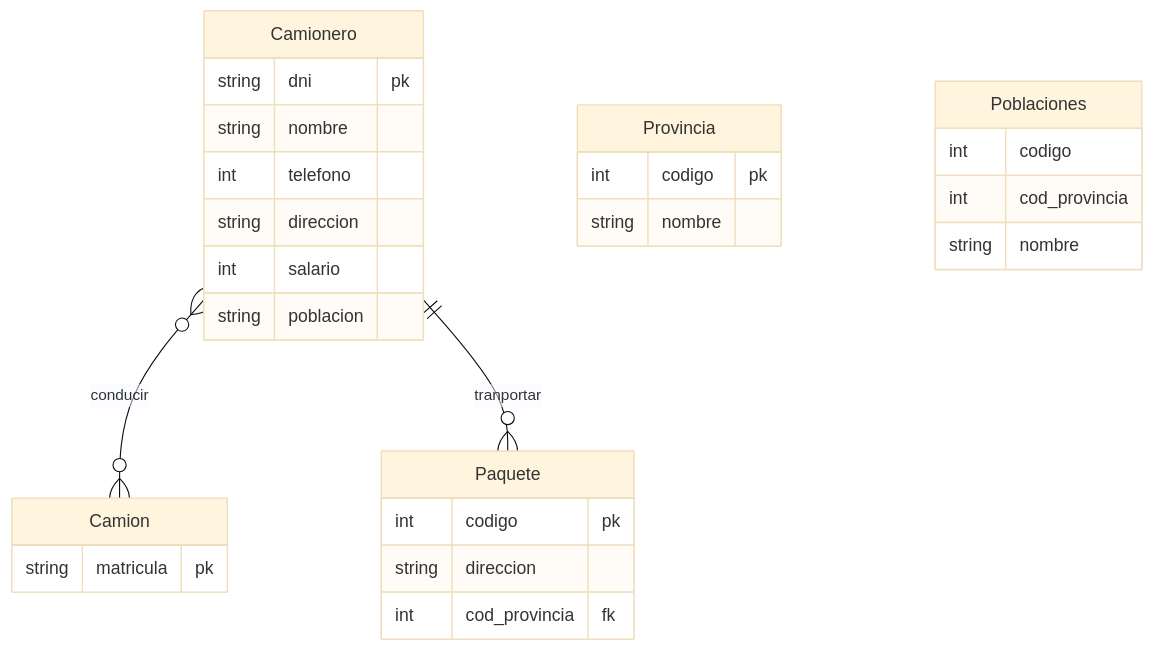
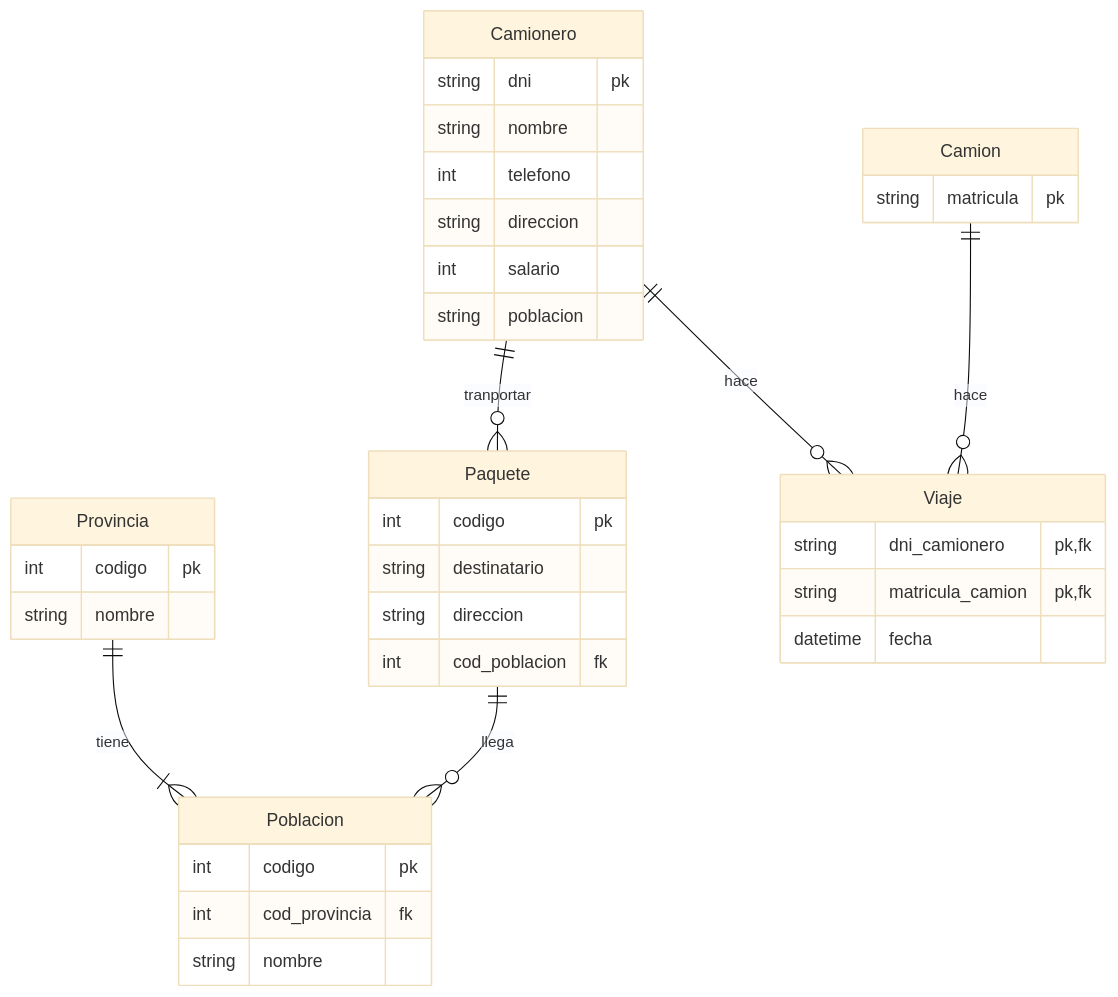
Before and after one commit to mmourazos/Curso-2024-2025: the diagram in docs/GBD/UD 03 - Modelo relacional/Ejercicios/Ejercicio 2.md, drawn with Mermaid (base theme). The commit also changed other lines of this file and 1 other file, not shown here.

````diff
--- a/docs/GBD/UD 03 - Modelo relacional/Ejercicios/Ejercicio 2.md
+++ b/docs/GBD/UD 03 - Modelo relacional/Ejercicios/Ejercicio 2.md
@@ -24,35 +26,48 @@
 ```mermaid
 erDiagram
+
 Camionero {
    string dni pk
    string nombre
    int telefono
    string direccion
    int salario
    string poblacion
 }
 
 Camion {
    string matricula pk
 }
 
 Paquete {
    int codigo pk
+   string destinatario
    string direccion
-   int cod_provincia fk
+   int cod_poblacion fk
 }
 
 Provincia {
    int codigo pk
    string nombre
 }
 
-Poblaciones {
-   int codigo
-   int cod_provincia
+Poblacion {
+   int codigo pk
+   int cod_provincia fk
    string nombre
 }
 
-Camionero }o--o{ Camion: conducir
+Viaje {
+   string dni_camionero pk, fk
+   string matricula_camion pk, fk
+   datetime fecha
+}
+
+Camion ||--o{ Viaje: hace
+Camionero ||--o{ Viaje: hace
 Camionero ||--o{ Paquete: tranportar
+
+Paquete ||--o{ Poblacion: llega
+
+Provincia ||--|{ Poblacion: tiene
 ```
````
